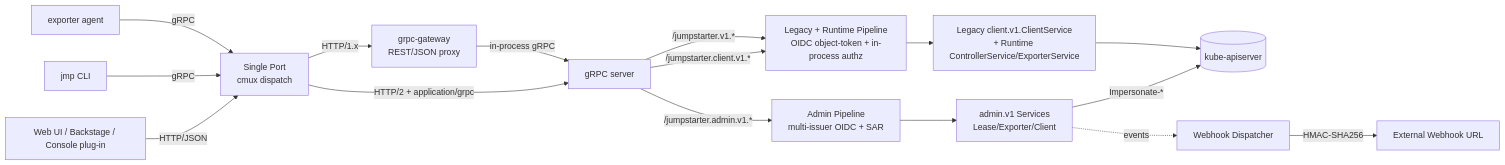
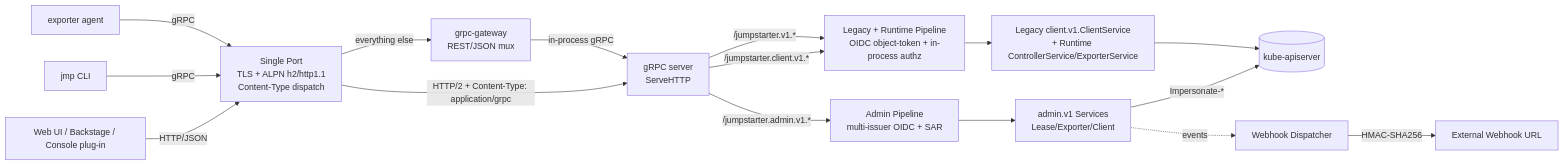
One commit to jumpstarter-dev/jumpstarter changed the diagram in python/docs/source/internal/jeps/JEP-0014-admin-api.md. Above: the diagram before and after it, drawn with Mermaid. The commit also changed other lines of this file and 1 other file, not shown here.

Commit message:
Remove TypeScript APi and update HTTP split logic

````diff
--- a/python/docs/source/internal/jeps/JEP-0014-admin-api.md
+++ b/python/docs/source/internal/jeps/JEP-0014-admin-api.md
@@ -833,32 +821,32 @@
 ```mermaid
 flowchart LR
   Browser[Web UI / Backstage / Console plug-in]
   CLI[jmp CLI]
   Exporter[exporter agent]
-  Listener[Single Port<br/>cmux dispatch]
-  REST[grpc-gateway<br/>REST/JSON proxy]
-  Grpc[gRPC server]
+  Listener[Single Port<br/>TLS + ALPN h2/http1.1<br/>Content-Type dispatch]
+  REST[grpc-gateway<br/>REST/JSON mux]
+  Grpc[gRPC server<br/>ServeHTTP]
   MgmtAuth[Admin Pipeline<br/>multi-issuer OIDC + SAR]
   RuntimeAuth[Legacy + Runtime Pipeline<br/>OIDC object-token + in-process authz]
   Mgmt[admin.v1 Services<br/>Lease/Exporter/Client]
   Runtime[Legacy client.v1.ClientService<br/>+ Runtime ControllerService/ExporterService]
   KAS[(kube-apiserver)]
   WH[Webhook Dispatcher]
   Ext[External Webhook URL]
 
   Browser -- HTTP/JSON --> Listener
   CLI -- gRPC --> Listener
   Exporter -- gRPC --> Listener
-  Listener -- HTTP/1.x --> REST
-  Listener -- HTTP/2 + application/grpc --> Grpc
+  Listener -- "HTTP/2 + Content-Type: application/grpc" --> Grpc
+  Listener -- "everything else" --> REST
   REST -- in-process gRPC --> Grpc
   Grpc -- /jumpstarter.admin.v1.* --> MgmtAuth
   Grpc -- /jumpstarter.client.v1.* --> RuntimeAuth
   Grpc -- /jumpstarter.v1.* --> RuntimeAuth
   MgmtAuth --> Mgmt
   RuntimeAuth --> Runtime
   Mgmt -- Impersonate-* --> KAS
   Runtime --> KAS
   Mgmt -.events.-> WH
   WH -- HMAC-SHA256 --> Ext
 ```
````
